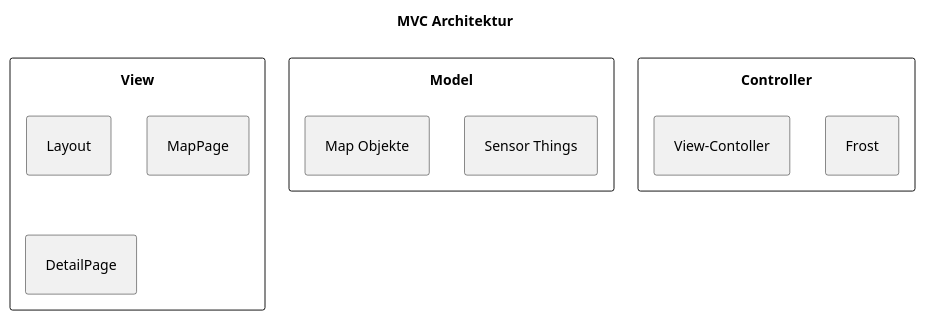
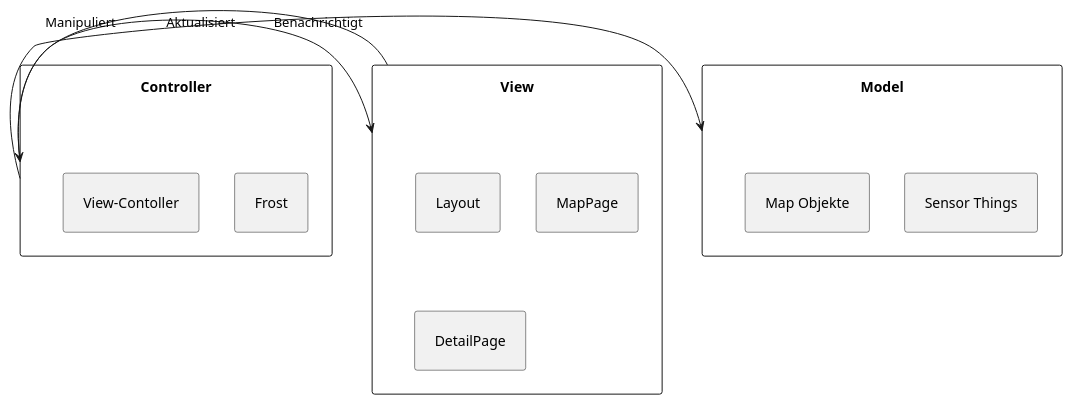
The diagram in Entwurf/PlantUML/ArchitectureDiagrams/Architektur.puml (JonaEnz/pse-airquality-1), drawn with PlantUML before and after one commit. The commit also changed 1 other file, not shown here.

Commit message:
Add description to components in architecture

```diff
--- a/Entwurf/PlantUML/ArchitectureDiagrams/Architektur.puml
+++ b/Entwurf/PlantUML/ArchitectureDiagrams/Architektur.puml
@@ -1,22 +1,26 @@
 @startuml Architektur
 
-title MVC Architektur
 skinparam padding 10
 
 rectangle Model {
     rectangle "Sensor Things"
     rectangle "Map Objekte"
+}
+
+rectangle Controller{
+    rectangle "Frost"
+    rectangle "View-Contoller"
 }
 
 rectangle View {
     rectangle "Layout"
     rectangle "MapPage"
     rectangle "DetailPage"
 }
 
-rectangle Controller {
-    rectangle "Frost"
-    rectangle "View-Contoller"
-}
+Controller -> View : Aktualisiert
+View -> Controller : Benachrichtigt
+
+Controller -> Model : Manipuliert
 
 @enduml
```
